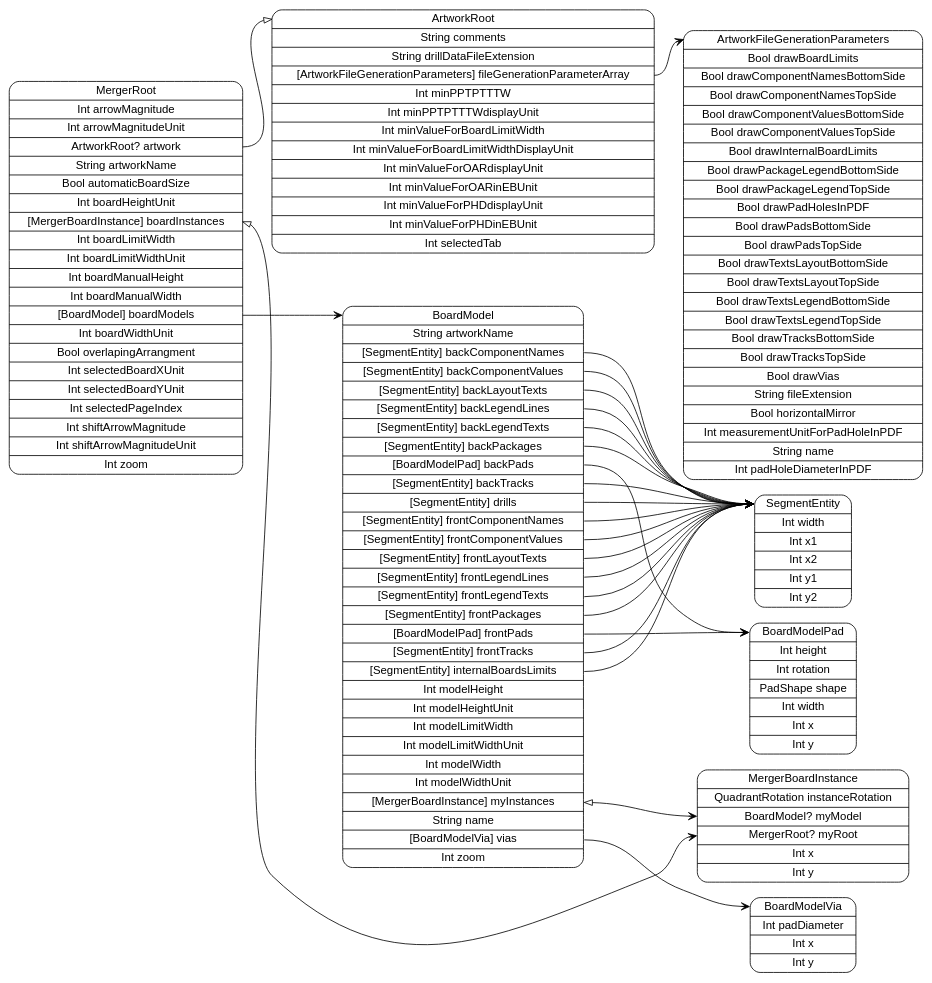
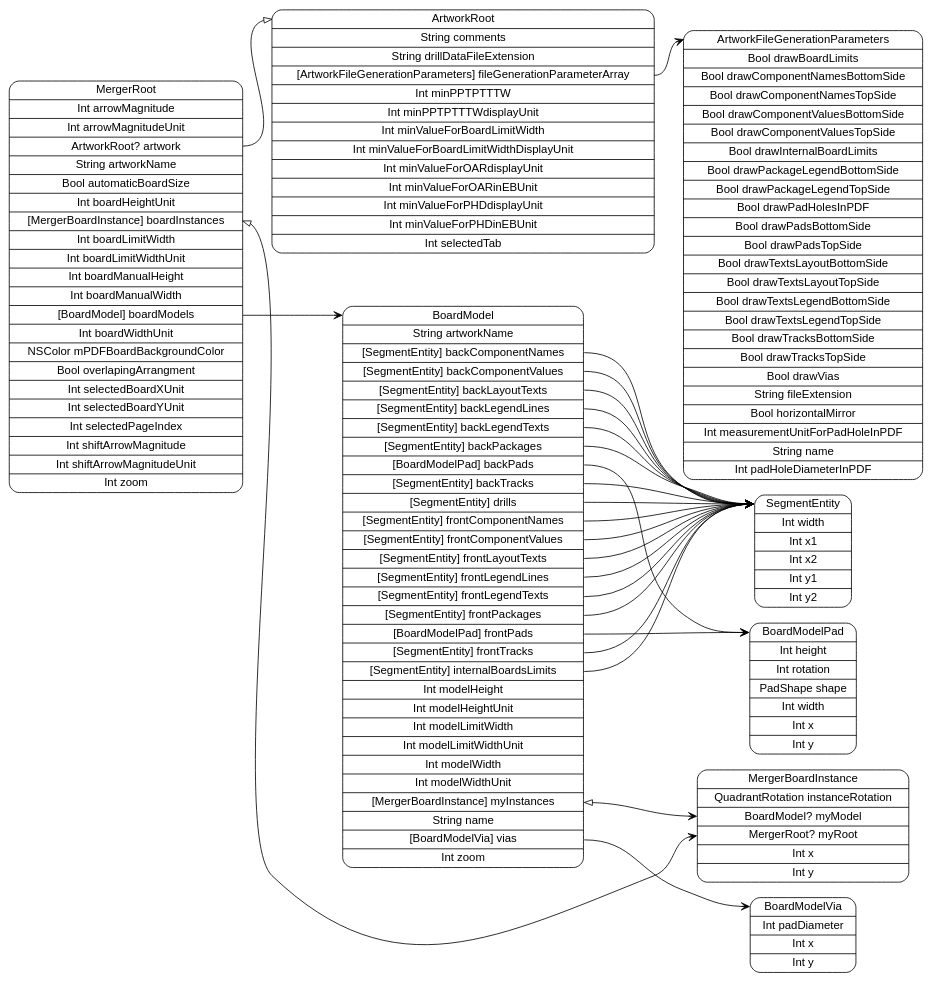
The diagram in models/MergerRoot.dot (pierremolinaro/ElCanari-dev), drawn with Graphviz before and after one commit. The commit also changed 22 other files, not shown here.

Commit message:
Merger, PDF Generation: selectable background color, added generation of drill file

```diff
--- a/models/MergerRoot.dot
+++ b/models/MergerRoot.dot
@@ -1,36 +1,36 @@
 digraph G {
   rankdir=LR ;
   node [shape=record fontname=helvetica style=rounded] ;
-  MergerRoot[label="<MergerRoot>MergerRoot|Int arrowMagnitude|Int arrowMagnitudeUnit|<artwork>ArtworkRoot? artwork|String artworkName|Bool automaticBoardSize|Int boardHeightUnit|<boardInstances>[MergerBoardInstance] boardInstances|Int boardLimitWidth|Int boardLimitWidthUnit|Int boardManualHeight|Int boardManualWidth|<boardModels>[BoardModel] boardModels|Int boardWidthUnit|Bool overlapingArrangment|Int selectedBoardXUnit|Int selectedBoardYUnit|Int selectedPageIndex|Int shiftArrowMagnitude|Int shiftArrowMagnitudeUnit|Int zoom"] ;
+  MergerRoot[label="<MergerRoot>MergerRoot|Int arrowMagnitude|Int arrowMagnitudeUnit|<artwork>ArtworkRoot? artwork|String artworkName|Bool automaticBoardSize|Int boardHeightUnit|<boardInstances>[MergerBoardInstance] boardInstances|Int boardLimitWidth|Int boardLimitWidthUnit|Int boardManualHeight|Int boardManualWidth|<boardModels>[BoardModel] boardModels|Int boardWidthUnit|NSColor mPDFBoardBackgroundColor|Bool overlapingArrangment|Int selectedBoardXUnit|Int selectedBoardYUnit|Int selectedPageIndex|Int shiftArrowMagnitude|Int shiftArrowMagnitudeUnit|Int zoom"] ;
   BoardModel[label="<BoardModel>BoardModel|String artworkName|<backComponentNames>[SegmentEntity] backComponentNames|<backComponentValues>[SegmentEntity] backComponentValues|<backLayoutTexts>[SegmentEntity] backLayoutTexts|<backLegendLines>[SegmentEntity] backLegendLines|<backLegendTexts>[SegmentEntity] backLegendTexts|<backPackages>[SegmentEntity] backPackages|<backPads>[BoardModelPad] backPads|<backTracks>[SegmentEntity] backTracks|<drills>[SegmentEntity] drills|<frontComponentNames>[SegmentEntity] frontComponentNames|<frontComponentValues>[SegmentEntity] frontComponentValues|<frontLayoutTexts>[SegmentEntity] frontLayoutTexts|<frontLegendLines>[SegmentEntity] frontLegendLines|<frontLegendTexts>[SegmentEntity] frontLegendTexts|<frontPackages>[SegmentEntity] frontPackages|<frontPads>[BoardModelPad] frontPads|<frontTracks>[SegmentEntity] frontTracks|<internalBoardsLimits>[SegmentEntity] internalBoardsLimits|Int modelHeight|Int modelHeightUnit|Int modelLimitWidth|Int modelLimitWidthUnit|Int modelWidth|Int modelWidthUnit|<myInstances>[MergerBoardInstance] myInstances|String name|<vias>[BoardModelVia] vias|Int zoom"] ;
   BoardModelVia[label="<BoardModelVia>BoardModelVia|Int padDiameter|Int x|Int y"] ;
   BoardModelPad[label="<BoardModelPad>BoardModelPad|Int height|Int rotation|PadShape shape|Int width|Int x|Int y"] ;
   SegmentEntity[label="<SegmentEntity>SegmentEntity|Int width|Int x1|Int x2|Int y1|Int y2"] ;
   MergerBoardInstance[label="<MergerBoardInstance>MergerBoardInstance|QuadrantRotation instanceRotation|<myModel>BoardModel? myModel|<myRoot>MergerRoot? myRoot|Int x|Int y"] ;
   ArtworkRoot[label="<ArtworkRoot>ArtworkRoot|String comments|String drillDataFileExtension|<fileGenerationParameterArray>[ArtworkFileGenerationParameters] fileGenerationParameterArray|Int minPPTPTTTW|Int minPPTPTTTWdisplayUnit|Int minValueForBoardLimitWidth|Int minValueForBoardLimitWidthDisplayUnit|Int minValueForOARdisplayUnit|Int minValueForOARinEBUnit|Int minValueForPHDdisplayUnit|Int minValueForPHDinEBUnit|Int selectedTab"] ;
   ArtworkFileGenerationParameters[label="<ArtworkFileGenerationParameters>ArtworkFileGenerationParameters|Bool drawBoardLimits|Bool drawComponentNamesBottomSide|Bool drawComponentNamesTopSide|Bool drawComponentValuesBottomSide|Bool drawComponentValuesTopSide|Bool drawInternalBoardLimits|Bool drawPackageLegendBottomSide|Bool drawPackageLegendTopSide|Bool drawPadHolesInPDF|Bool drawPadsBottomSide|Bool drawPadsTopSide|Bool drawTextsLayoutBottomSide|Bool drawTextsLayoutTopSide|Bool drawTextsLegendBottomSide|Bool drawTextsLegendTopSide|Bool drawTracksBottomSide|Bool drawTracksTopSide|Bool drawVias|String fileExtension|Bool horizontalMirror|Int measurementUnitForPadHoleInPDF|String name|Int padHoleDiameterInPDF"] ;
   MergerRoot:artwork -> ArtworkRoot:ArtworkRoot [dir=both arrowtail=none arrowhead=onormal] ;
   MergerRoot:boardInstances -> MergerBoardInstance:myRoot [dir=both arrowtail=onormal arrowhead=vee] ;
   MergerRoot:boardModels -> BoardModel:BoardModel [dir=both arrowtail=none arrowhead=vee] ;
   BoardModel:backComponentNames -> SegmentEntity:SegmentEntity [dir=both arrowtail=none arrowhead=vee] ;
   BoardModel:backComponentValues -> SegmentEntity:SegmentEntity [dir=both arrowtail=none arrowhead=vee] ;
   BoardModel:backLayoutTexts -> SegmentEntity:SegmentEntity [dir=both arrowtail=none arrowhead=vee] ;
   BoardModel:backLegendLines -> SegmentEntity:SegmentEntity [dir=both arrowtail=none arrowhead=vee] ;
   BoardModel:backLegendTexts -> SegmentEntity:SegmentEntity [dir=both arrowtail=none arrowhead=vee] ;
   BoardModel:backPackages -> SegmentEntity:SegmentEntity [dir=both arrowtail=none arrowhead=vee] ;
   BoardModel:backPads -> BoardModelPad:BoardModelPad [dir=both arrowtail=none arrowhead=vee] ;
   BoardModel:backTracks -> SegmentEntity:SegmentEntity [dir=both arrowtail=none arrowhead=vee] ;
   BoardModel:drills -> SegmentEntity:SegmentEntity [dir=both arrowtail=none arrowhead=vee] ;
   BoardModel:frontComponentNames -> SegmentEntity:SegmentEntity [dir=both arrowtail=none arrowhead=vee] ;
   BoardModel:frontComponentValues -> SegmentEntity:SegmentEntity [dir=both arrowtail=none arrowhead=vee] ;
   BoardModel:frontLayoutTexts -> SegmentEntity:SegmentEntity [dir=both arrowtail=none arrowhead=vee] ;
   BoardModel:frontLegendLines -> SegmentEntity:SegmentEntity [dir=both arrowtail=none arrowhead=vee] ;
   BoardModel:frontLegendTexts -> SegmentEntity:SegmentEntity [dir=both arrowtail=none arrowhead=vee] ;
   BoardModel:frontPackages -> SegmentEntity:SegmentEntity [dir=both arrowtail=none arrowhead=vee] ;
   BoardModel:frontPads -> BoardModelPad:BoardModelPad [dir=both arrowtail=none arrowhead=vee] ;
   BoardModel:frontTracks -> SegmentEntity:SegmentEntity [dir=both arrowtail=none arrowhead=vee] ;
   BoardModel:internalBoardsLimits -> SegmentEntity:SegmentEntity [dir=both arrowtail=none arrowhead=vee] ;
   BoardModel:myInstances -> MergerBoardInstance:myModel [dir=both arrowtail=onormal arrowhead=vee] ;
   BoardModel:vias -> BoardModelVia:BoardModelVia [dir=both arrowtail=none arrowhead=vee] ;
   ArtworkRoot:fileGenerationParameterArray -> ArtworkFileGenerationParameters:ArtworkFileGenerationParameters [dir=both arrowtail=none arrowhead=vee] ;
 }
```
